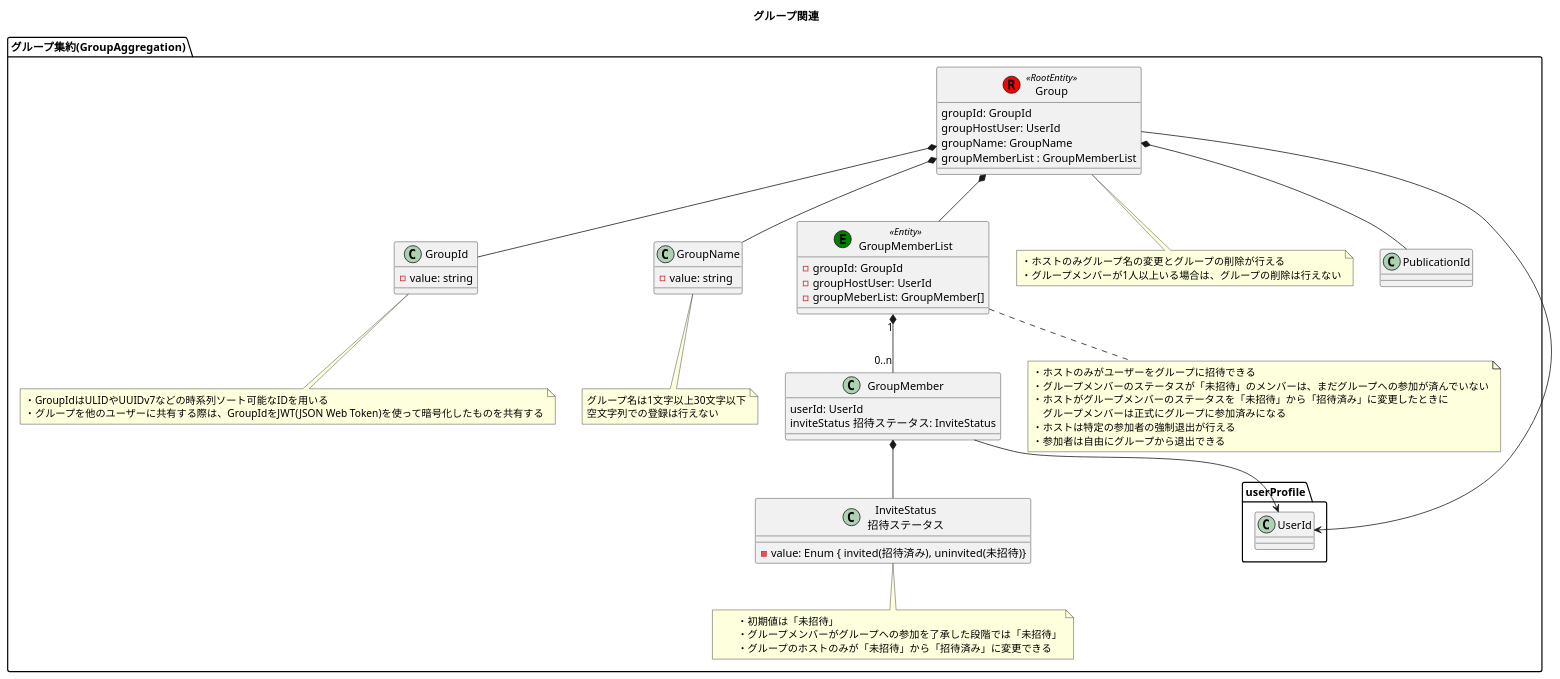
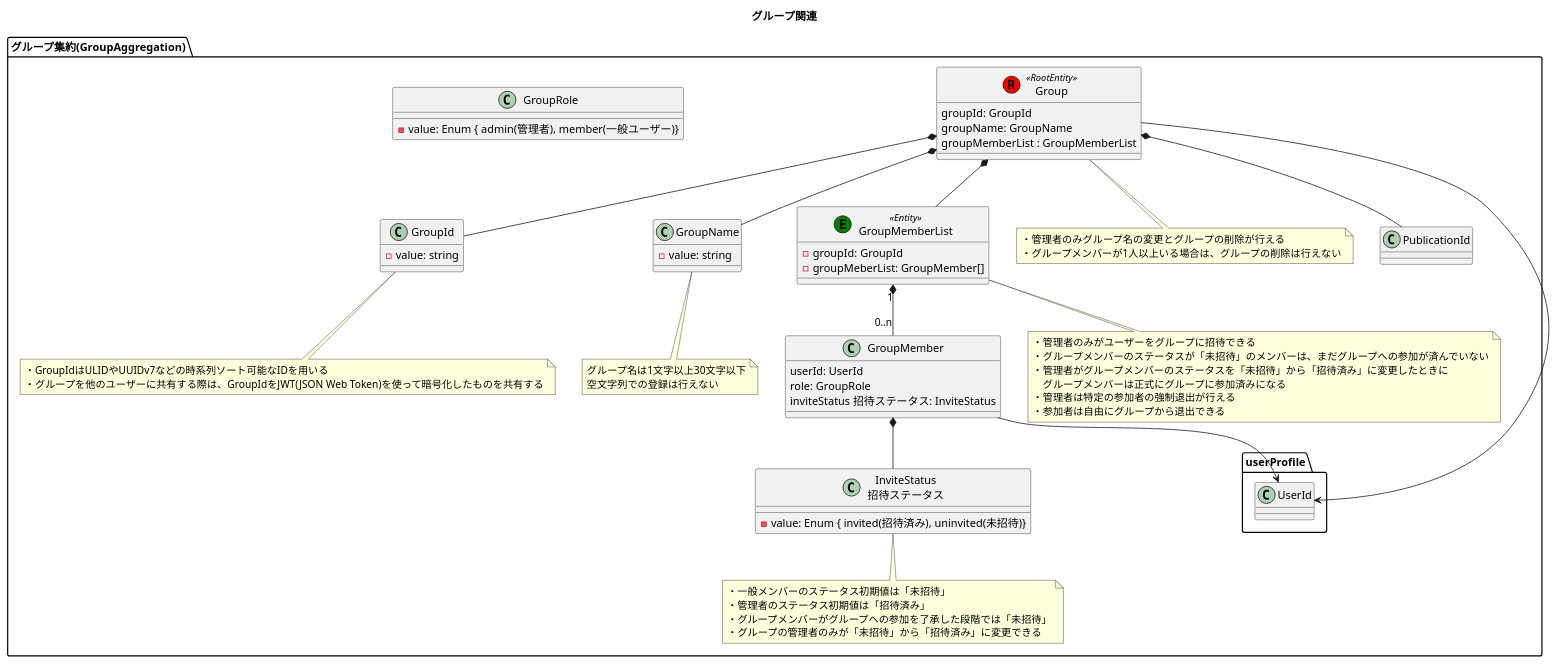
The diagram in modelingDiagram/domainModelDiagram/グループ関連.pu (h-maki2/identityAccess), drawn with PlantUML before and after one commit. The commit also changed 4 other files, not shown here.

```diff
--- a/modelingDiagram/domainModelDiagram/グループ関連.pu
+++ b/modelingDiagram/domainModelDiagram/グループ関連.pu
@@ -1,76 +1,80 @@
 @startuml グループ関連
 
 title グループ関連
 
 package "グループ集約(GroupAggregation)" {
     class Group << (R,red) RootEntity >> {
         groupId: GroupId
-        groupHostUser: UserId
         groupName: GroupName
         groupMemberList : GroupMemberList
     }
 
     class GroupId {
         - value: string
     }
 
     class GroupName {
         - value: string
     }
 
     class GroupMemberList << (E,green) Entity >> {
         - groupId: GroupId
-        - groupHostUser: UserId
         - groupMeberList: GroupMember[]
     }
 
     class GroupMember {
         userId: UserId
+        role: GroupRole
         inviteStatus 招待ステータス: InviteStatus
     }
 
     class "InviteStatus\n招待ステータス" as InviteStatus {
         - value: Enum { invited(招待済み), uninvited(未招待)}
     }
 
+    class GroupRole {
+        - value: Enum { admin(管理者), member(一般ユーザー)}
+    }
+
     note bottom of Group
-        ・ホストのみグループ名の変更とグループの削除が行える
+        ・管理者のみグループ名の変更とグループの削除が行える
         ・グループメンバーが1人以上いる場合は、グループの削除は行えない
     end note
 
     note bottom of GroupMemberList
-        ・ホストのみがユーザーをグループに招待できる
+        ・管理者のみがユーザーをグループに招待できる
         ・グループメンバーのステータスが「未招待」のメンバーは、まだグループへの参加が済んでいない
-        ・ホストがグループメンバーのステータスを「未招待」から「招待済み」に変更したときに
+        ・管理者がグループメンバーのステータスを「未招待」から「招待済み」に変更したときに
         　グループメンバーは正式にグループに参加済みになる
-        ・ホストは特定の参加者の強制退出が行える
+        ・管理者は特定の参加者の強制退出が行える
         ・参加者は自由にグループから退出できる
     end note
 
     note bottom of GroupName
         グループ名は1文字以上30文字以下
         空文字列での登録は行えない
     end note
 
     note bottom of GroupId
         ・GroupIdはULIDやUUIDv7などの時系列ソート可能なIDを用いる
         ・グループを他のユーザーに共有する際は、GroupIdをJWT(JSON Web Token)を使って暗号化したものを共有する
     end note
 
     note bottom of InviteStatus
-    　　・初期値は「未招待」
-    　　・グループメンバーがグループへの参加を了承した段階では「未招待」
-    　　・グループのホストのみが「未招待」から「招待済み」に変更できる
+        ・一般メンバーのステータス初期値は「未招待」
+        ・管理者のステータス初期値は「招待済み」
+        ・グループメンバーがグループへの参加を了承した段階では「未招待」
+        ・グループの管理者のみが「未招待」から「招待済み」に変更できる
     end note
 
     Group *-down- GroupId
     Group *-down- GroupName
     Group *-down- PublicationId
     Group *-down- GroupMemberList
     Group -down-> userProfile.UserId
     GroupMemberList "1" *-down- "0..n" GroupMember
     GroupMember -down-> userProfile.UserId
     GroupMember *-down- InviteStatus
 }
 
 @enduml
```
